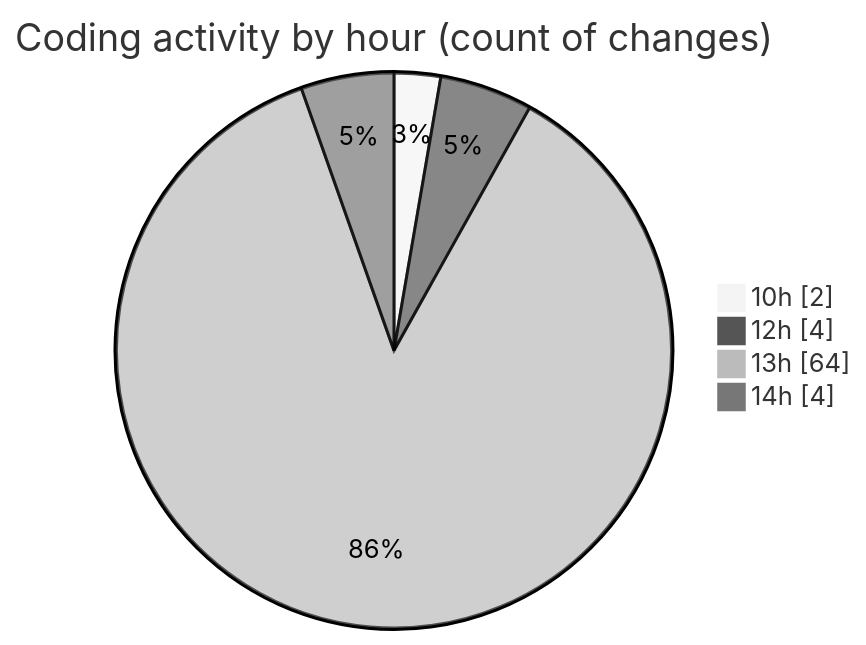
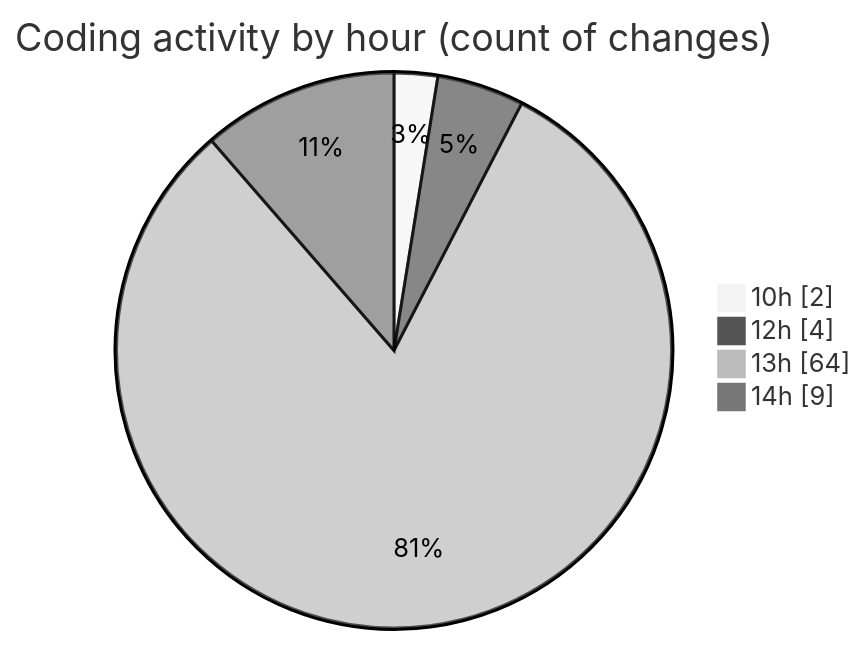
The second of 2 diagrams in 2026-04-30/cda/README.md (momahboobian/code-tracking), drawn with Mermaid (neutral theme) before and after one commit. The commit also changed other lines of this file and 1 other file, not shown here.

````diff
--- a/2026-04-30/cda/README.md
+++ b/2026-04-30/cda/README.md
@@ -66,8 +67,8 @@
 ```mermaid
 pie showData
 title Coding activity by hour (count of changes)
 "10h" : 2
 "12h" : 4
 "13h" : 64
-"14h" : 4
+"14h" : 9
 ```
````
